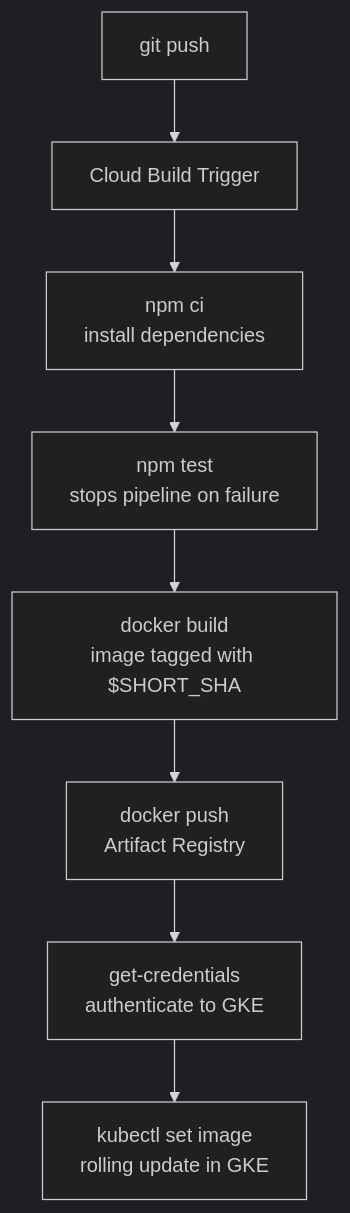
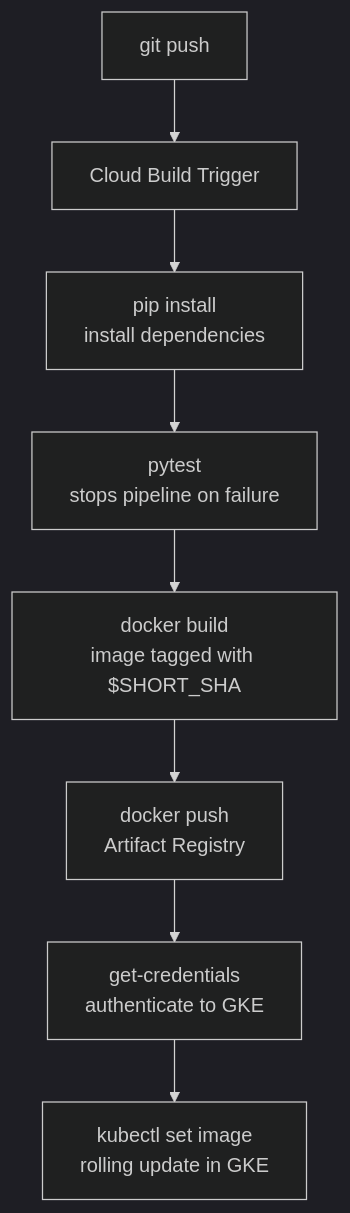
Before and after one commit to ulises-jimenez07/cc-gcp: the second of 2 diagrams in web_app_gcp/phase4_containers/03_automated_cicd.md, drawn with Mermaid (dark theme). The commit also changed other lines of this file and 37 other files, not shown here.

````diff
--- a/web_app_gcp/phase4_containers/03_automated_cicd.md
+++ b/web_app_gcp/phase4_containers/03_automated_cicd.md
@@ -226,10 +226,10 @@
 ```mermaid
 graph TD
     Push["git push"] --> Trigger["Cloud Build Trigger"]
-    Trigger --> NpmCI["npm ci\ninstall dependencies"]
-    NpmCI --> NpmTest["npm test\nstops pipeline on failure"]
+    Trigger --> NpmCI["pip install\ninstall dependencies"]
+    NpmCI --> NpmTest["pytest\nstops pipeline on failure"]
     NpmTest --> DockerBuild["docker build\nimage tagged with $SHORT_SHA"]
     DockerBuild --> DockerPush["docker push\nArtifact Registry"]
     DockerPush --> GetCreds["get-credentials\nauthenticate to GKE"]
     GetCreds --> KubeDeploy["kubectl set image\nrolling update in GKE"]
 ```
````
